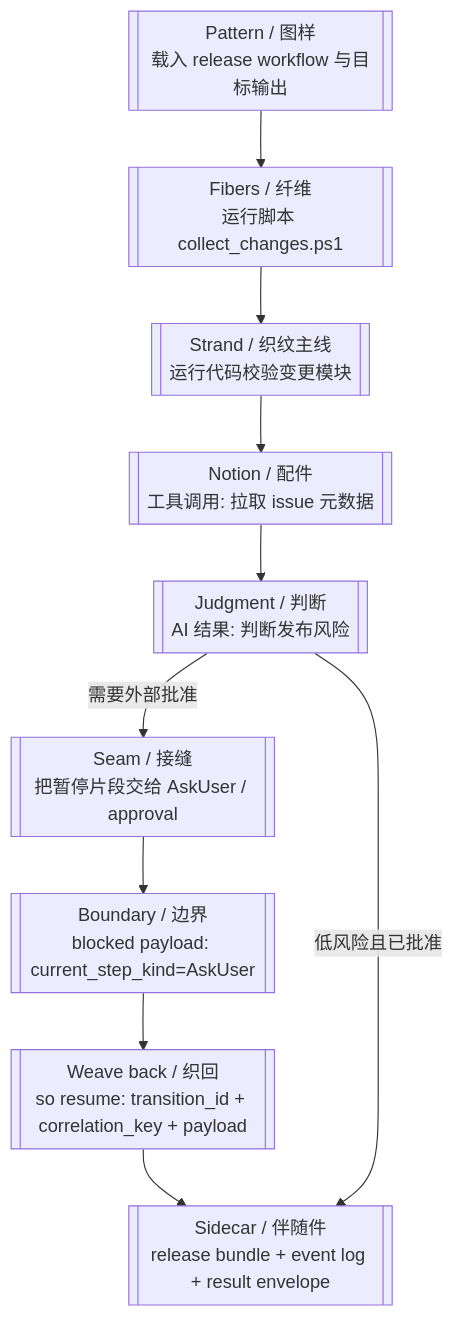
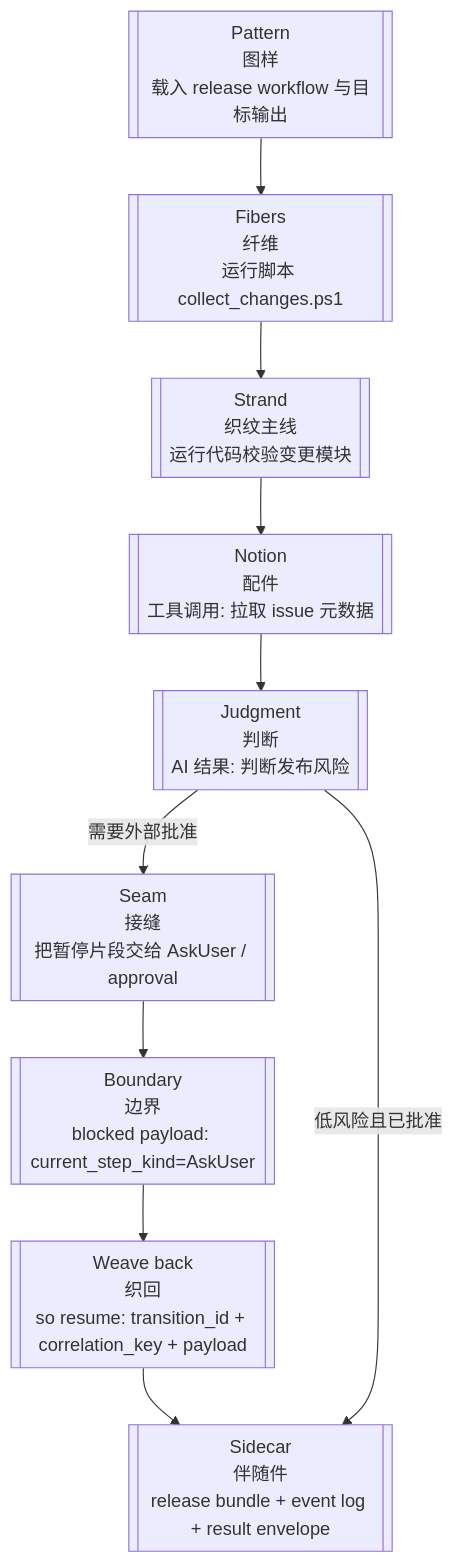
The second of 2 diagrams in docs/zh-cn/architecture/workflow-terminology.md (waynebaby/Techne-Loom), drawn with Mermaid before and after one commit. The commit also changed other lines of this file and 13 other files, not shown here.

````diff
--- a/docs/zh-cn/architecture/workflow-terminology.md
+++ b/docs/zh-cn/architecture/workflow-terminology.md
@@ -97,12 +97,12 @@
 ```mermaid
 flowchart TD
-    A[[Pattern / 图样\n载入 release workflow 与目标输出]] --> B[[Fibers / 纤维\n运行脚本 collect_changes.ps1]]
-    B --> C[[Strand / 织纹主线\n运行代码校验变更模块]]
-    C --> D[[Notion / 配件\n工具调用: 拉取 issue 元数据]]
-    D --> E[[Judgment / 判断\nAI 结果: 判断发布风险]]
-    E -->|需要外部批准| F[[Seam / 接缝\n把暂停片段交给 AskUser / approval]]
-    F --> G[[Boundary / 边界\nblocked payload: current_step_kind=AskUser]]
-    G --> H[[Weave back / 织回\nso resume: transition_id + correlation_key + payload]]
-    H --> I[[Sidecar / 伴随件\nrelease bundle + event log + result envelope]]
+    A[["Pattern<br/>图样<br/>载入 release workflow 与目标输出"]] --> B[["Fibers<br/>纤维<br/>运行脚本 collect_changes.ps1"]]
+    B --> C[["Strand<br/>织纹主线<br/>运行代码校验变更模块"]]
+    C --> D[["Notion<br/>配件<br/>工具调用: 拉取 issue 元数据"]]
+    D --> E[["Judgment<br/>判断<br/>AI 结果: 判断发布风险"]]
+    E -->|需要外部批准| F[["Seam<br/>接缝<br/>把暂停片段交给 AskUser / approval"]]
+    F --> G[["Boundary<br/>边界<br/>blocked payload: current_step_kind=AskUser"]]
+    G --> H[["Weave back<br/>织回<br/>so resume: transition_id + correlation_key + payload"]]
+    H --> I[["Sidecar<br/>伴随件<br/>release bundle + event log + result envelope"]]
     E -->|低风险且已批准| I
 ```
````
